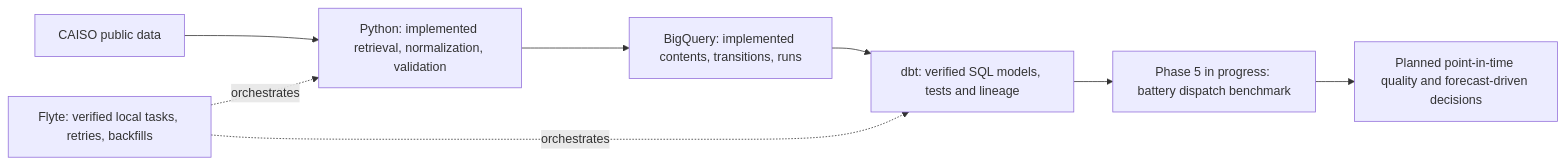
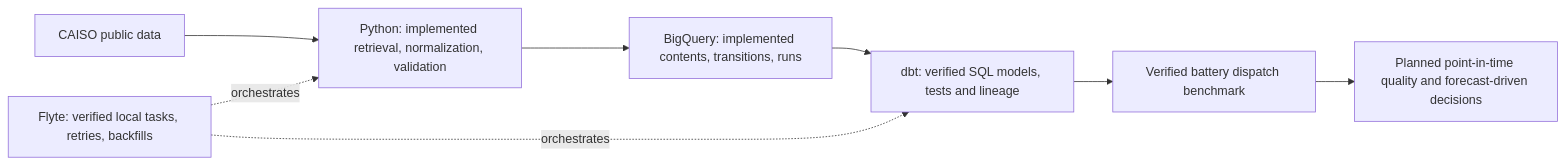
The diagram in README.md (AdvaitBP/power-market-data-platform), drawn with Mermaid before and after one commit. The commit also changed other lines of this file and 11 other files, not shown here.

Commit message:
Verify battery benchmark against current NP15 data

````diff
--- a/README.md
+++ b/README.md
@@ -67,10 +78,10 @@
 ```mermaid
 flowchart LR
     C["CAISO public data"] --> P["Python: implemented retrieval, normalization, validation"]
     P --> B["BigQuery: implemented contents, transitions, runs"]
     B --> D["dbt: verified SQL models, tests and lineage"]
-    D --> A["Phase 5 in progress: battery dispatch benchmark"]
+    D --> A["Verified battery dispatch benchmark"]
     A --> Q["Planned point-in-time quality and forecast-driven decisions"]
     F["Flyte: verified local tasks, retries, backfills"] -. orchestrates .-> P
     F -. orchestrates .-> D
 ```
````
